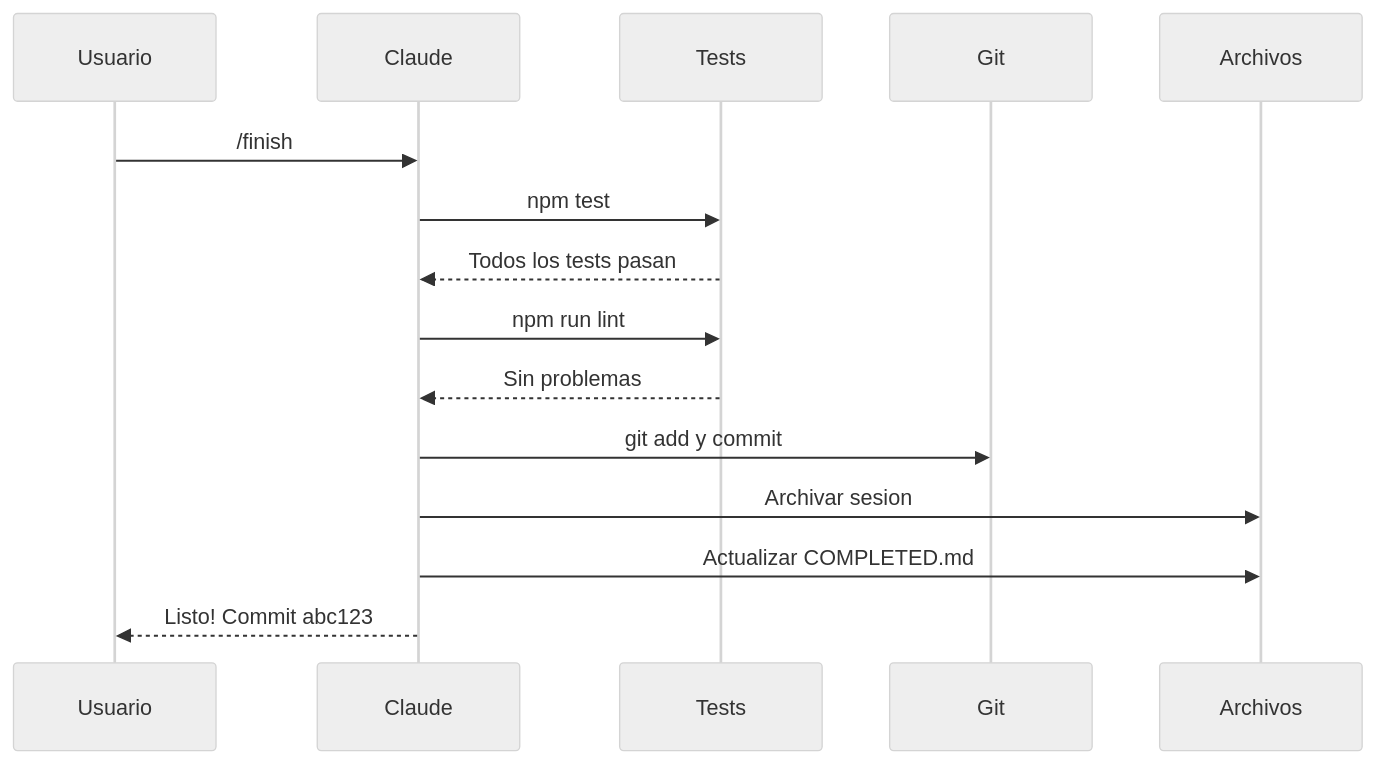
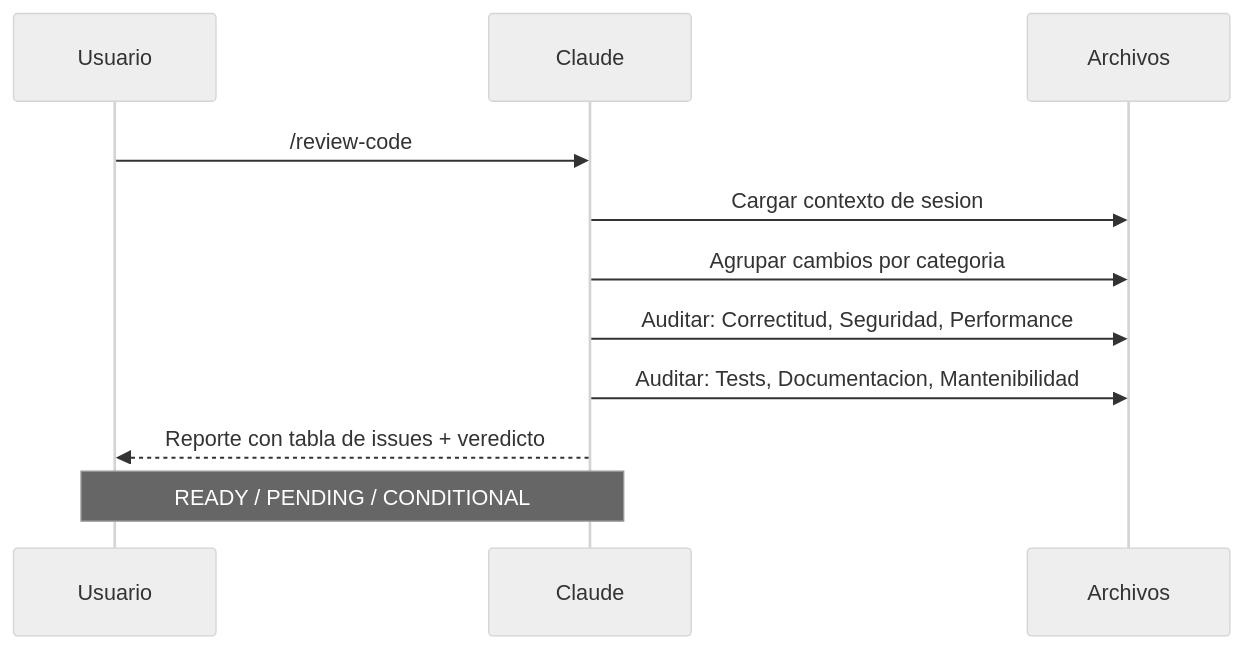
The third of 6 diagrams in README.es.md (brujoh88/workflowIA), drawn with Mermaid (neutral theme) before and after one commit. The commit also changed other lines of this file and 23 other files, not shown here.

````diff
--- a/README.es.md
+++ b/README.es.md
@@ -107,18 +132,14 @@
 ```mermaid
 sequenceDiagram
     participant U as Usuario
     participant C as Claude
-    participant T as Tests
-    participant G as Git
     participant F as Archivos
 
-    U->>C: /finish
-    C->>T: npm test
-    T-->>C: Todos los tests pasan
-    C->>T: npm run lint
-    T-->>C: Sin problemas
-    C->>G: git add y commit
-    C->>F: Archivar sesion
-    C->>F: Actualizar COMPLETED.md
-    C-->>U: Listo! Commit abc123
+    U->>C: /review-code
+    C->>F: Cargar contexto de sesion
+    C->>F: Agrupar cambios por categoria
+    C->>F: Auditar: Correctitud, Seguridad, Performance
+    C->>F: Auditar: Tests, Documentacion, Mantenibilidad
+    C-->>U: Reporte con tabla de issues + veredicto
+    Note over U,C: READY / PENDING / CONDITIONAL
 ```
````
